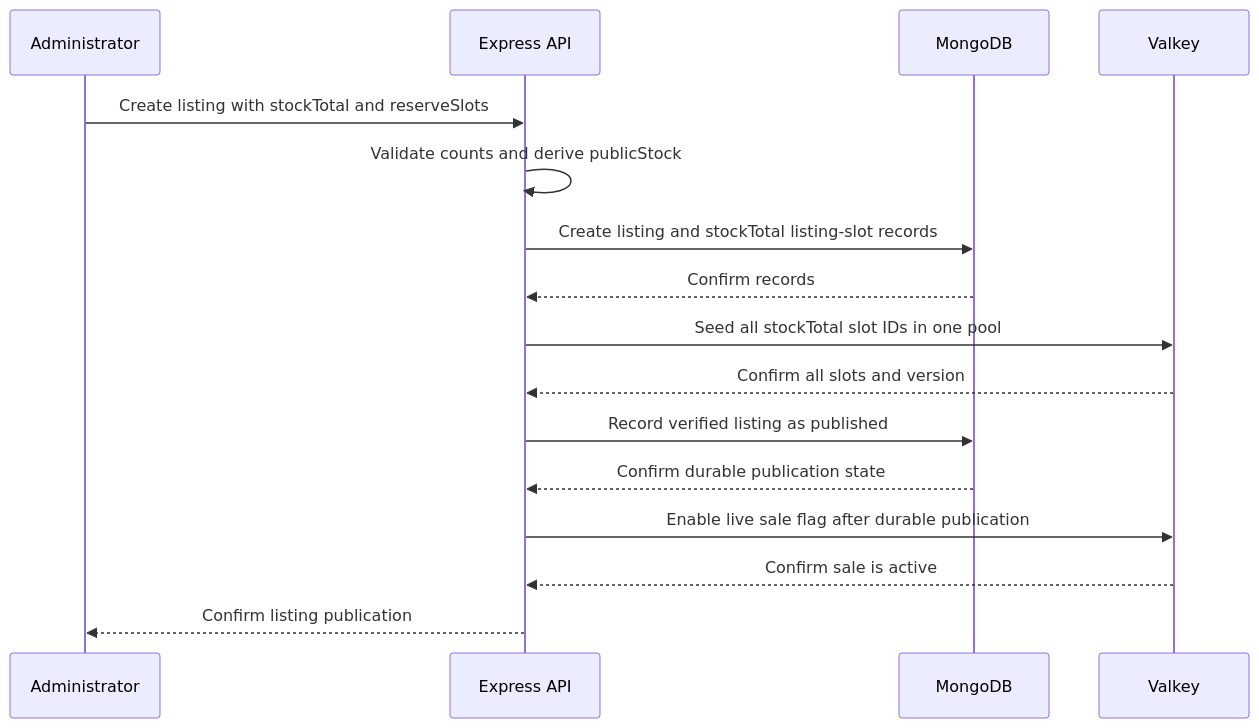
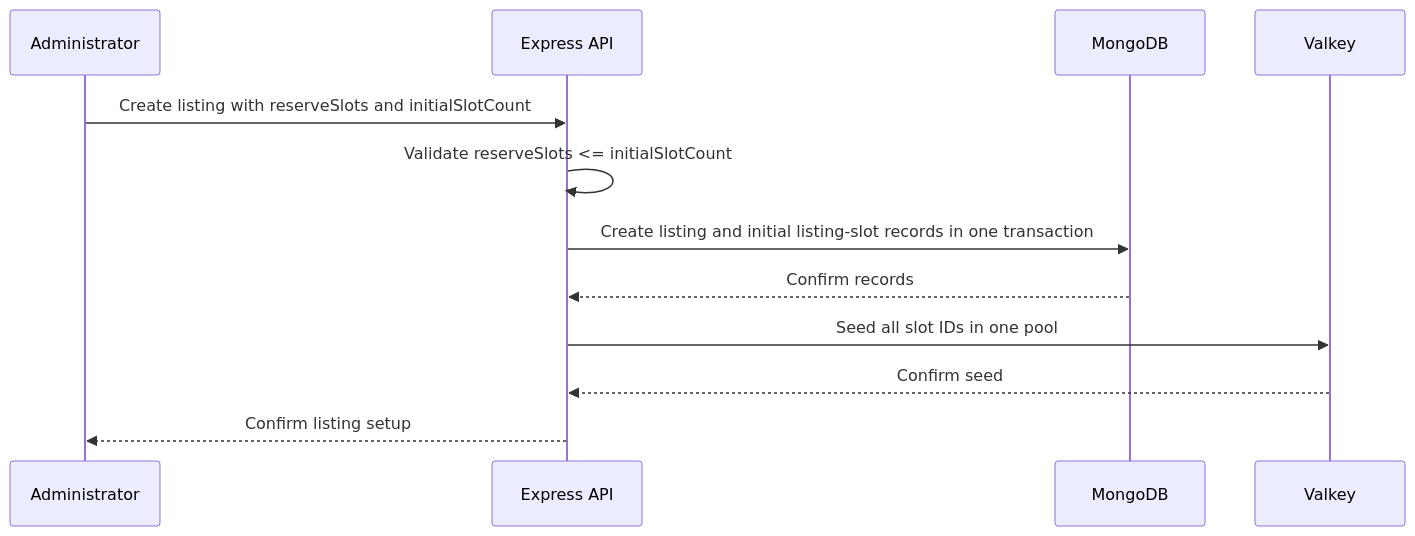
Before and after one commit to rantingmong/bookipi-test: the first of 2 diagrams in docs/listing-and-inventory.md, drawn with Mermaid. The commit also changed other lines of this file and 47 other files, not shown here.

Commit message:
feat(sale/models): add listing and order foundations (#3)

````diff
--- a/docs/listing-and-inventory.md
+++ b/docs/listing-and-inventory.md
@@ -11,18 +11,14 @@
 ```mermaid
 sequenceDiagram
     participant A as Administrator
     participant E as Express API
     participant M as MongoDB
     participant V as Valkey
-    A->>E: Create listing with stockTotal and reserveSlots
-    E->>E: Validate counts and derive publicStock
-    E->>M: Create listing and stockTotal listing-slot records
+    A->>E: Create listing with reserveSlots and initialSlotCount
+    E->>E: Validate reserveSlots <= initialSlotCount
+    E->>M: Create listing and initial listing-slot records in one transaction
     M-->>E: Confirm records
-    E->>V: Seed all stockTotal slot IDs in one pool
-    V-->>E: Confirm all slots and version
-    E->>M: Record verified listing as published
-    M-->>E: Confirm durable publication state
-    E->>V: Enable live sale flag after durable publication
-    V-->>E: Confirm sale is active
-    E-->>A: Confirm listing publication
+    E->>V: Seed all slot IDs in one pool
+    V-->>E: Confirm seed
+    E-->>A: Confirm listing setup
 ```
````
